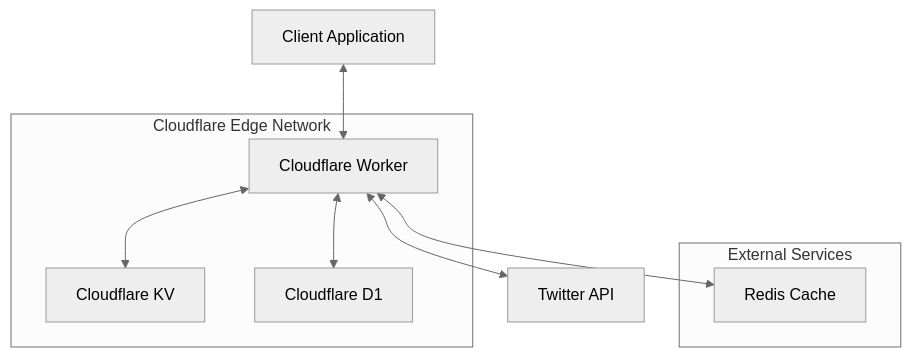
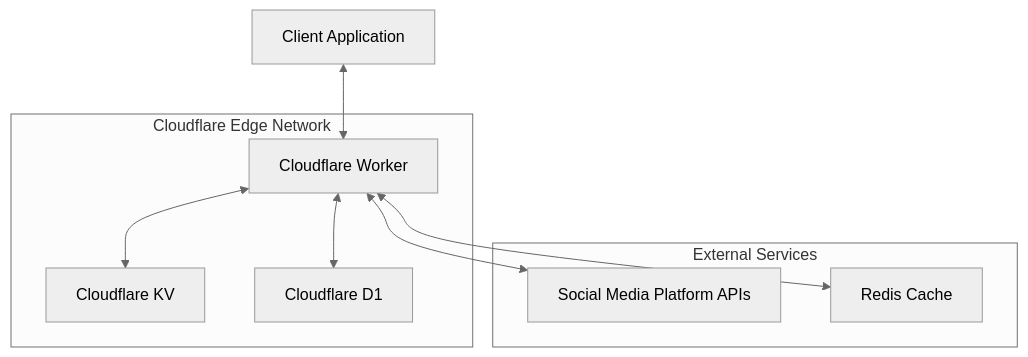
Before and after one commit to open-crosspost/open-crosspost-proxy-service: the first of 17 diagrams in memory-bank/systemPatterns.md, drawn with Mermaid (neutral theme). The commit also changed other lines of this file and 87 other files, not shown here.

````diff
--- a/memory-bank/systemPatterns.md
+++ b/memory-bank/systemPatterns.md
@@ -7,18 +7,19 @@
 ```mermaid
 flowchart TD
     Client[Client Application] <--> Worker[Cloudflare Worker]
-    Worker <--> Twitter[Twitter API]
+    Worker <--> Platform[Social Media Platform APIs]
     Worker <--> KV[Cloudflare KV]
     Worker <--> D1[Cloudflare D1]
     Worker <--> Redis[Redis Cache]
     
     subgraph "Cloudflare Edge Network"
         Worker
         KV
         D1
     end
     
     subgraph "External Services"
+        Platform
         Redis
     end
 ```
````
